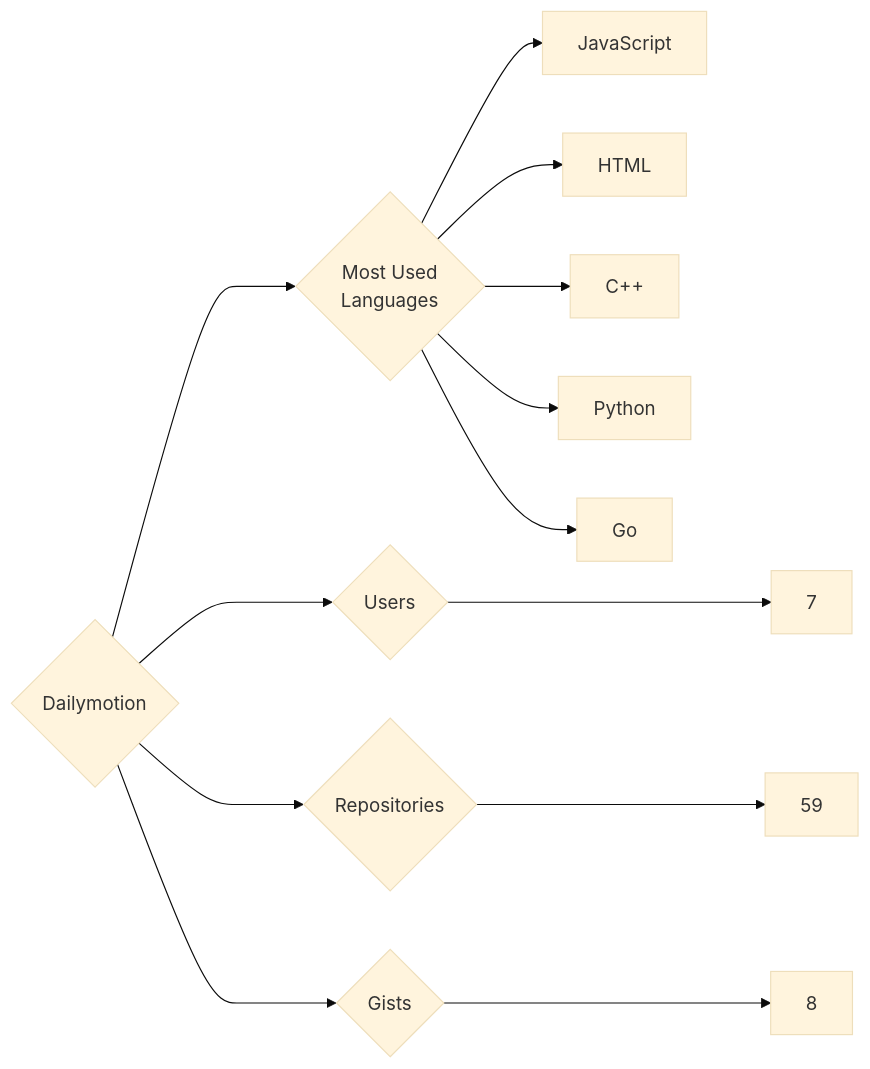
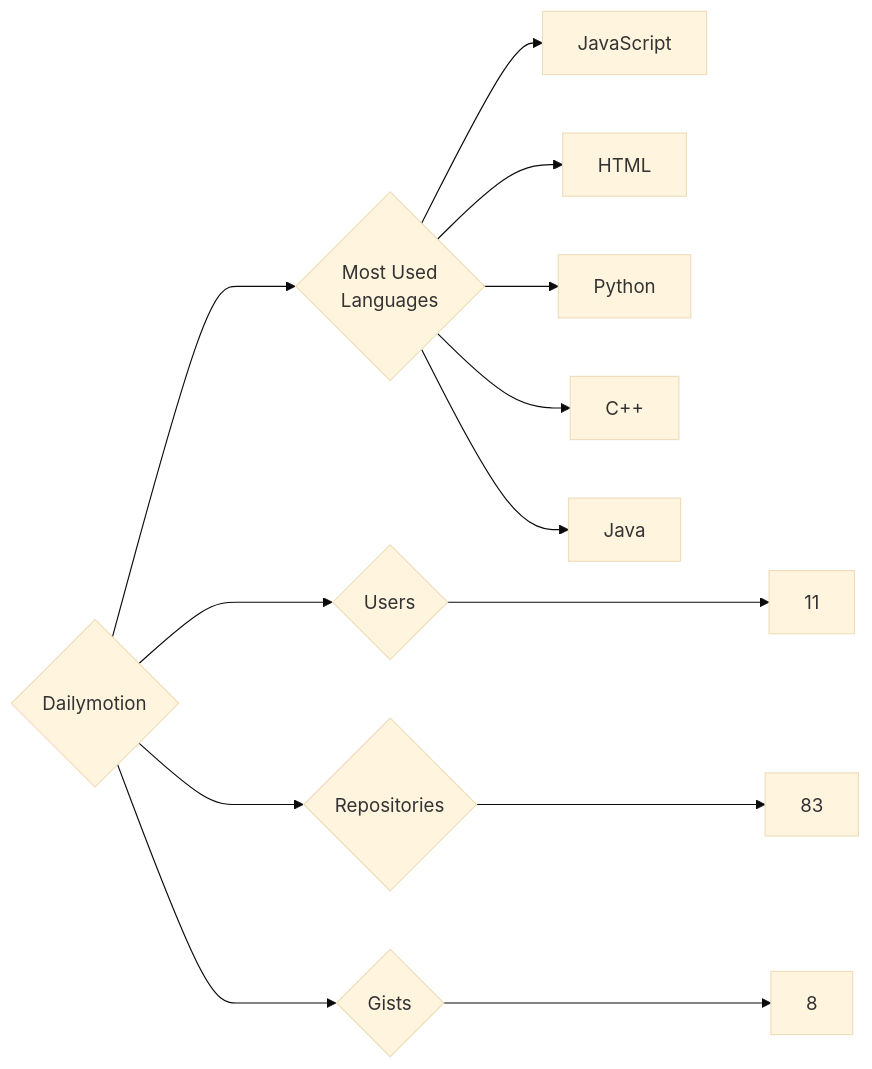
One commit to trickest/insiders changed the diagram in targets/Dailymotion/README.md. Above: the diagram before and after it, drawn with Mermaid (base theme). The commit also changed 930 other files, not shown here.

````diff
--- a/targets/Dailymotion/README.md
+++ b/targets/Dailymotion/README.md
@@ -3,13 +3,13 @@
 ```mermaid
 graph LR
 COMPANY_NAME{Dailymotion}
-COMPANY_NAME ---> U{Users} ---> UN[7]
-COMPANY_NAME ---> R{Repositories} ---> RN[59]
+COMPANY_NAME ---> U{Users} ---> UN[11]
+COMPANY_NAME ---> R{Repositories} ---> RN[83]
 COMPANY_NAME ---> G{Gists} ---> GN[8]
 COMPANY_NAME ---> ML{Most Used<br>Languages}
 ML --> JavaScript[JavaScript]
 ML --> HTML[HTML]
+ML --> Python[Python]
 ML --> C++[C++]
-ML --> Python[Python]
-ML --> Go[Go]
+ML --> Java[Java]
 ```
````
